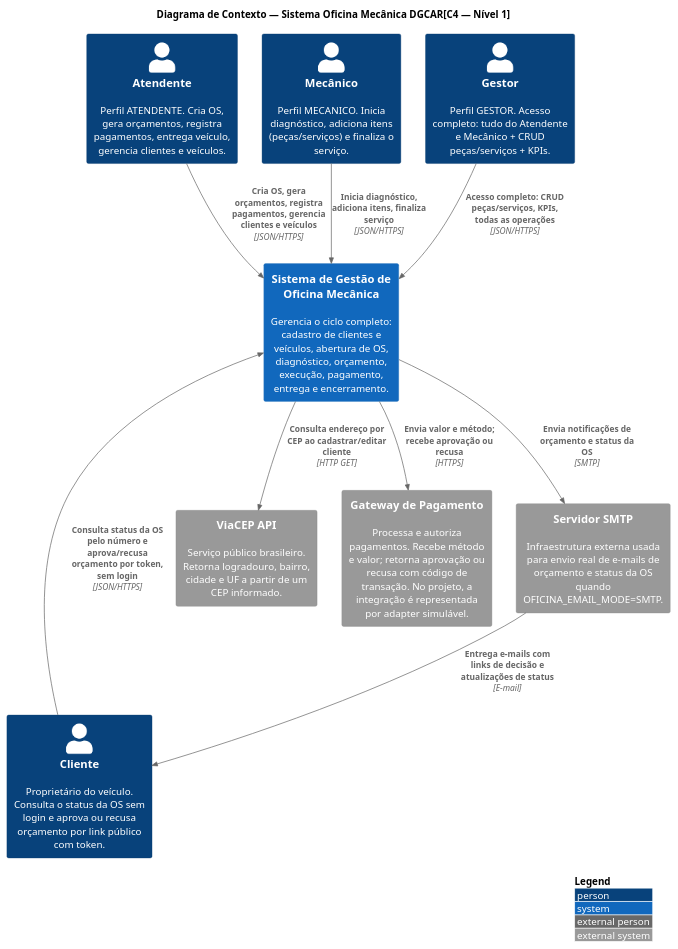
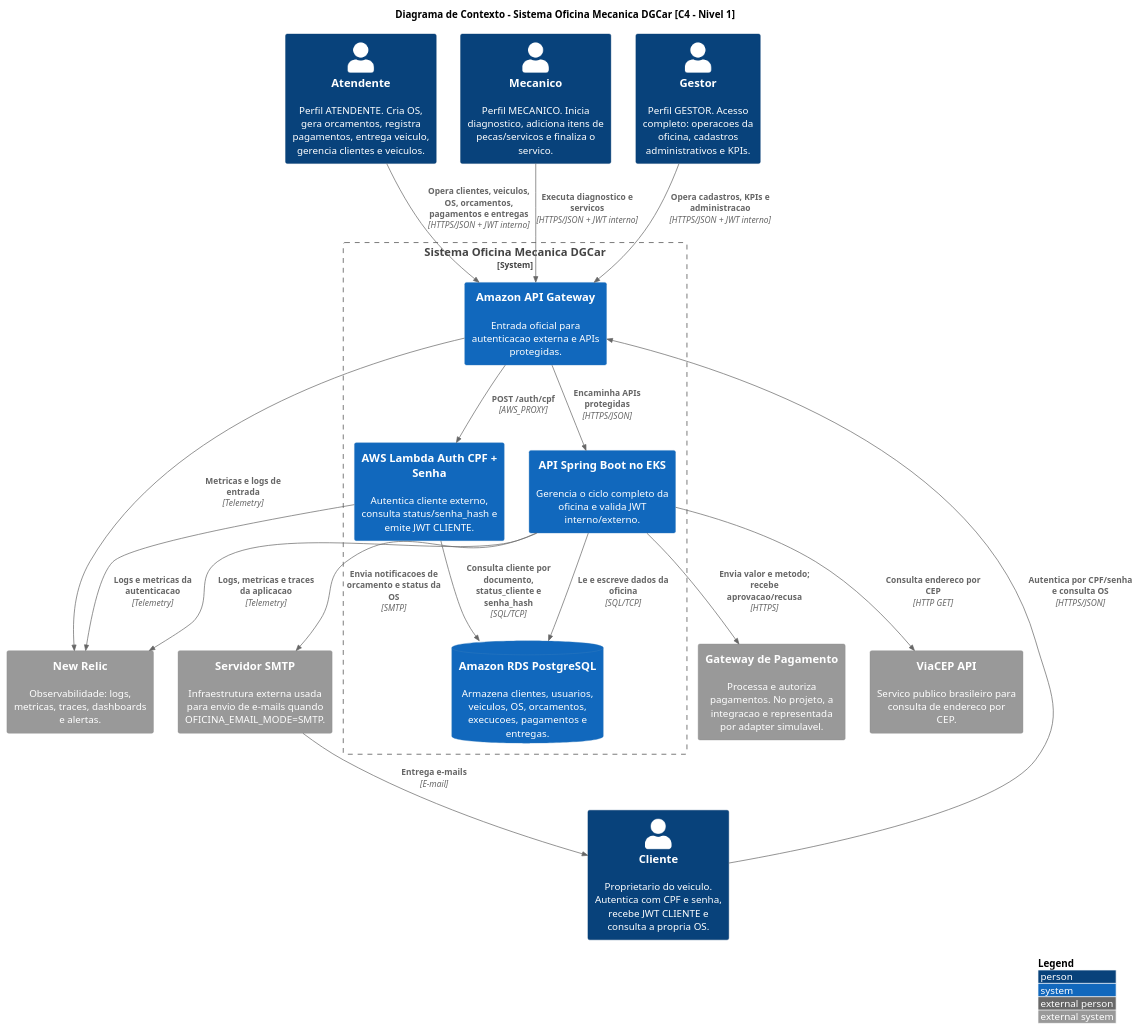
One commit to techdgconsulting/oficina-dgcar-docs changed the diagram in docs/arquitetura/1-diagram-context.puml. Above: the diagram before and after it, drawn with PlantUML. The commit also changed 66 other files, not shown here.

```diff
--- a/docs/arquitetura/1-diagram-context.puml
+++ b/docs/arquitetura/1-diagram-context.puml
@@ -1,40 +1,47 @@
 @startuml C4_Context_OficinaMecanica
 !include <C4/C4_Context>
 
 LAYOUT_TOP_DOWN()
 LAYOUT_WITH_LEGEND()
 
-title Diagrama de Contexto — Sistema Oficina Mecânica DGCAR[C4 — Nível 1]
+title Diagrama de Contexto - Sistema Oficina Mecanica DGCar [C4 - Nivel 1]
 
-' ─── OBJETIVOS ────────────────────────────────────────────────────────
-'Visão ampla do sistema evidenciando a conexeção com sistemas externos.
+' Visao ampla do sistema atual, incluindo API Gateway e Lambda Auth.
 
-' ─── USO ──────────────────────────────────────────────────────────────
-'Ideal para gestores e stackholders que precisam de uma visão geral, sem entrar em detalhes técnicos.
+Person(atendente, "Atendente", "Perfil ATENDENTE. Cria OS, gera orcamentos, registra pagamentos, entrega veiculo, gerencia clientes e veiculos.")
+Person(mecanico, "Mecanico", "Perfil MECANICO. Inicia diagnostico, adiciona itens de pecas/servicos e finaliza o servico.")
+Person(gestor, "Gestor", "Perfil GESTOR. Acesso completo: operacoes da oficina, cadastros administrativos e KPIs.")
+Person(cliente, "Cliente", "Proprietario do veiculo. Autentica com CPF e senha, recebe JWT CLIENTE e consulta a propria OS.")
 
+System_Boundary(oficina, "Sistema Oficina Mecanica DGCar") {
+  System(apiGateway, "Amazon API Gateway", "Entrada oficial para autenticacao externa e APIs protegidas.")
+  System(lambdaAuth, "AWS Lambda Auth CPF + Senha", "Autentica cliente externo, consulta status/senha_hash e emite JWT CLIENTE.")
+  System(api, "API Spring Boot no EKS", "Gerencia o ciclo completo da oficina e valida JWT interno/externo.")
+  SystemDb(db, "Amazon RDS PostgreSQL", "Armazena clientes, usuarios, veiculos, OS, orcamentos, execucoes, pagamentos e entregas.")
+}
 
-' ─── PESSOAS ──────────────────────────────────────────────────────────────────
-Person(atendente, "Atendente", "Perfil ATENDENTE. Cria OS, gera orçamentos, registra pagamentos, entrega veículo, gerencia clientes e veículos.")
-Person(mecanico, "Mecânico", "Perfil MECANICO. Inicia diagnóstico, adiciona itens (peças/serviços) e finaliza o serviço.")
-Person(gestor, "Gestor", "Perfil GESTOR. Acesso completo: tudo do Atendente e Mecânico + CRUD peças/serviços + KPIs.")
-Person(cliente, "Cliente", "Proprietário do veículo. Consulta o status da OS sem login e aprova ou recusa orçamento por link público com token.")
+System_Ext(viacep, "ViaCEP API", "Servico publico brasileiro para consulta de endereco por CEP.")
+System_Ext(paymentGateway, "Gateway de Pagamento", "Processa e autoriza pagamentos. No projeto, a integracao e representada por adapter simulavel.")
+System_Ext(smtpServer, "Servidor SMTP", "Infraestrutura externa usada para envio de e-mails quando OFICINA_EMAIL_MODE=SMTP.")
+System_Ext(newRelic, "New Relic", "Observabilidade: logs, metricas, traces, dashboards e alertas.")
 
-' ─── SISTEMA PRINCIPAL ────────────────────────────────────────────────────────
-System(oficina, "Sistema de Gestão de Oficina Mecânica", "Gerencia o ciclo completo: cadastro de clientes e veículos, abertura de OS, diagnóstico, orçamento, execução, pagamento, entrega e encerramento.")
+Rel(cliente, apiGateway, "Autentica por CPF/senha e consulta OS", "HTTPS/JSON")
+Rel(atendente, apiGateway, "Opera clientes, veiculos, OS, orcamentos, pagamentos e entregas", "HTTPS/JSON + JWT interno")
+Rel(mecanico, apiGateway, "Executa diagnostico e servicos", "HTTPS/JSON + JWT interno")
+Rel(gestor, apiGateway, "Opera cadastros, KPIs e administracao", "HTTPS/JSON + JWT interno")
 
-' ─── SISTEMAS EXTERNOS ────────────────────────────────────────────────────────
-System_Ext(viacep, "ViaCEP API", "Serviço público brasileiro. Retorna logradouro, bairro, cidade e UF a partir de um CEP informado.")
-System_Ext(gateway, "Gateway de Pagamento", "Processa e autoriza pagamentos. Recebe método e valor; retorna aprovação ou recusa com código de transação. No projeto, a integração é representada por adapter simulável.")
-System_Ext(smtpServer, "Servidor SMTP", "Infraestrutura externa usada para envio real de e-mails de orçamento e status da OS quando OFICINA_EMAIL_MODE=SMTP.")
+Rel(apiGateway, lambdaAuth, "POST /auth/cpf", "AWS_PROXY")
+Rel(lambdaAuth, db, "Consulta cliente por documento, status_cliente e senha_hash", "SQL/TCP")
+Rel(apiGateway, api, "Encaminha APIs protegidas", "HTTPS/JSON")
+Rel(api, db, "Le e escreve dados da oficina", "SQL/TCP")
 
-' ─── RELACIONAMENTOS ──────────────────────────────────────────────────────────
-Rel(atendente, oficina, "Cria OS, gera orçamentos, registra pagamentos, gerencia clientes e veículos", "JSON/HTTPS")
-Rel(mecanico, oficina, "Inicia diagnóstico, adiciona itens, finaliza serviço", "JSON/HTTPS")
-Rel(gestor, oficina, "Acesso completo: CRUD peças/serviços, KPIs, todas as operações", "JSON/HTTPS")
-Rel(cliente, oficina, "Consulta status da OS pelo número e aprova/recusa orçamento por token, sem login", "JSON/HTTPS")
-Rel(oficina, viacep, "Consulta endereço por CEP ao cadastrar/editar cliente", "HTTP GET")
-Rel(oficina, gateway, "Envia valor e método; recebe aprovação ou recusa", "HTTPS")
-Rel(oficina, smtpServer, "Envia notificações de orçamento e status da OS", "SMTP")
-Rel(smtpServer, cliente, "Entrega e-mails com links de decisão e atualizações de status", "E-mail")
+Rel(api, viacep, "Consulta endereco por CEP", "HTTP GET")
+Rel(api, paymentGateway, "Envia valor e metodo; recebe aprovacao/recusa", "HTTPS")
+Rel(api, smtpServer, "Envia notificacoes de orcamento e status da OS", "SMTP")
+Rel(smtpServer, cliente, "Entrega e-mails", "E-mail")
+
+Rel(apiGateway, newRelic, "Metricas e logs de entrada", "Telemetry")
+Rel(lambdaAuth, newRelic, "Logs e metricas da autenticacao", "Telemetry")
+Rel(api, newRelic, "Logs, metricas e traces da aplicacao", "Telemetry")
 
 @enduml
```
